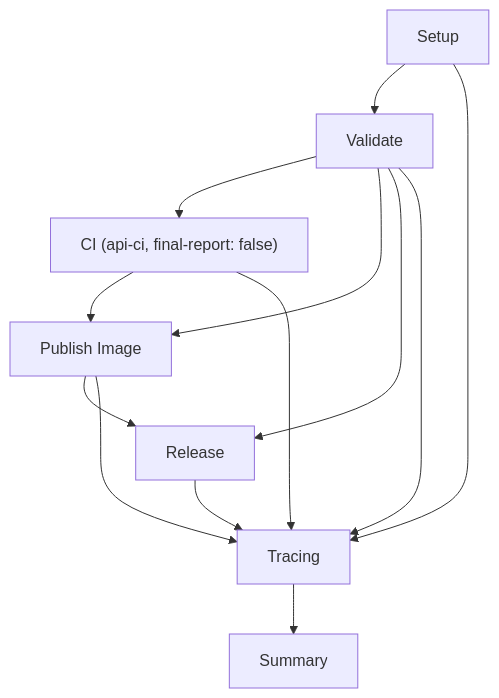
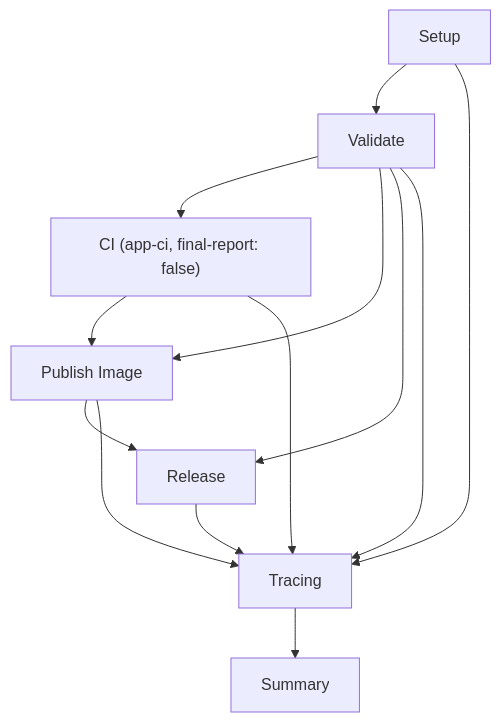
Before and after one commit to progmise/reusable-workflows: the fourth of 11 diagrams in docs/flows.md, drawn with Mermaid. The commit also changed other lines of this file and 9 other files, not shown here.

First line of the commit message:
refactor: rename api-* workflows to app-* (stack-agnostic deployables)

````diff
--- a/docs/flows.md
+++ b/docs/flows.md
@@ -111,15 +111,15 @@
 ```mermaid
 flowchart TD
     S[Setup] --> V[Validate]
-    V --> CI["CI (api-ci, final-report: false)"]
+    V --> CI["CI (app-ci, final-report: false)"]
     V --> P[Publish Image]
     CI --> P
     P --> R[Release]
     V --> R
     R --> T[Tracing]
     S --> T
     V --> T
     CI --> T
     P --> T
     T --> SUM[Summary]
 ```
````
